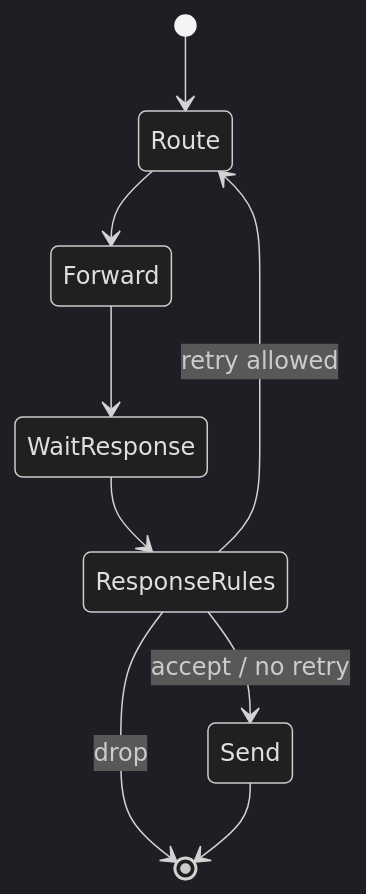
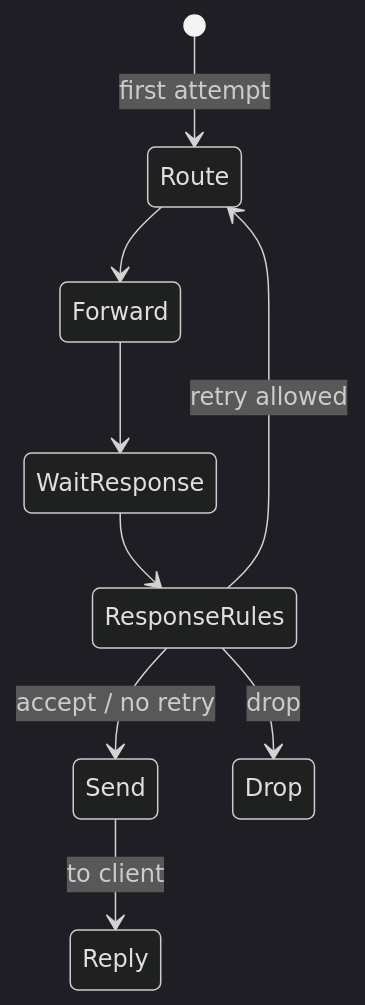
The fourth of 4 diagrams in operator-docs/docs/concepts/architecture-and-packet-path.md (egon1024/DNSConduit), drawn with Mermaid (dark theme) before and after one commit. The commit also changed other lines of this file and 1 other file, not shown here.

Commit message:
Additional work on architecture doc

````diff
--- a/operator-docs/docs/concepts/architecture-and-packet-path.md
+++ b/operator-docs/docs/concepts/architecture-and-packet-path.md
@@ -174,11 +187,11 @@
 ```mermaid
 stateDiagram-v2
-  [*] --> Route
+  [*] --> Route: first attempt
   Route --> Forward
   Forward --> WaitResponse
   WaitResponse --> ResponseRules
   ResponseRules --> Send: accept / no retry
   ResponseRules --> Route: retry allowed
-  ResponseRules --> [*]: drop
-  Send --> [*]
+  ResponseRules --> Drop: drop
+  Send --> Reply: to client
 ```
````
